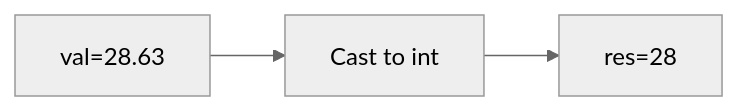
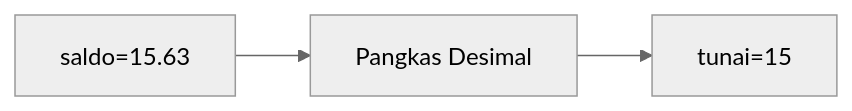
Before and after one commit to amnahwaida/OSNK_INF_PREP: diagram 15 of 25 in part-c-pemahaman-cpp/01-tipe-data/latihan/set-03.md, drawn with Mermaid (neutral theme). The commit also changed other lines of this file and 71 other files, not shown here.

````diff
--- a/part-c-pemahaman-cpp/01-tipe-data/latihan/set-03.md
+++ b/part-c-pemahaman-cpp/01-tipe-data/latihan/set-03.md
@@ -431,5 +420,5 @@
 ```mermaid
 graph LR
-A["val=28.63"] --> B["Cast to int"]
-B --> C["res=28"]
+A["saldo=15.63"] --> B["Pangkas Desimal"]
+B --> C["tunai=15"]
 ```
````
